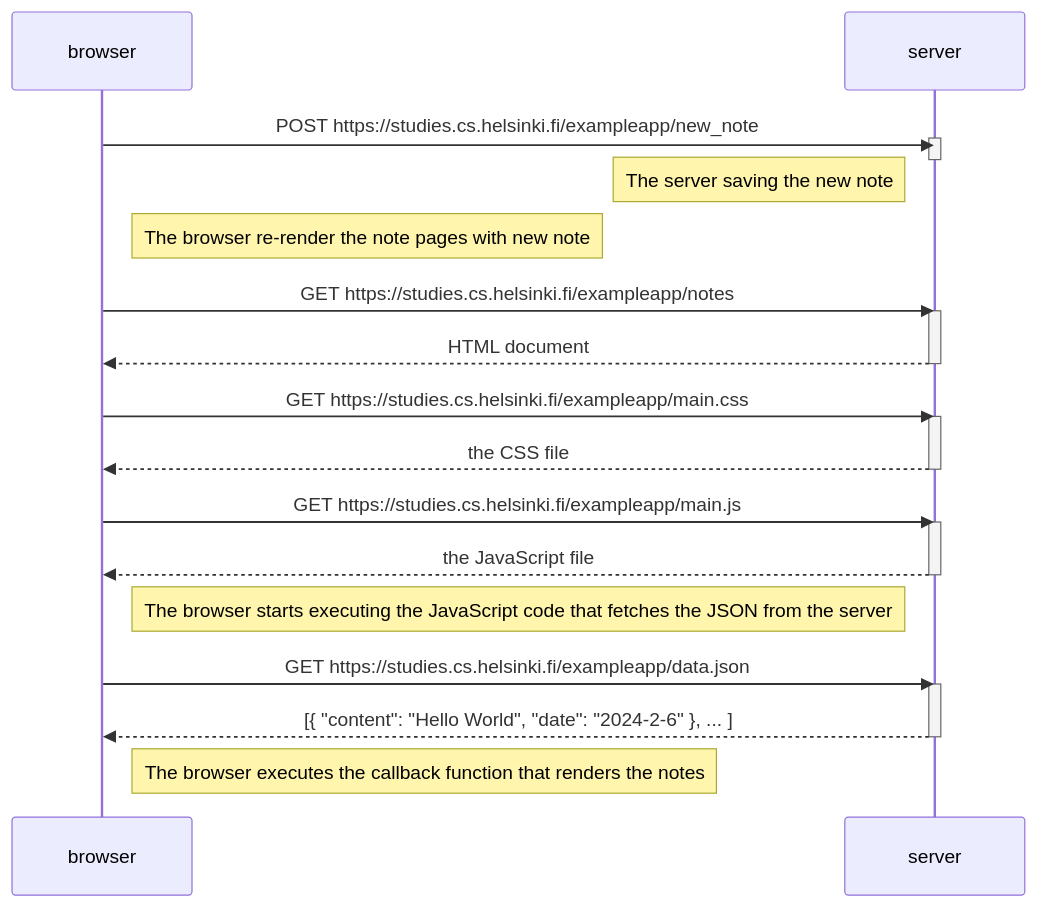
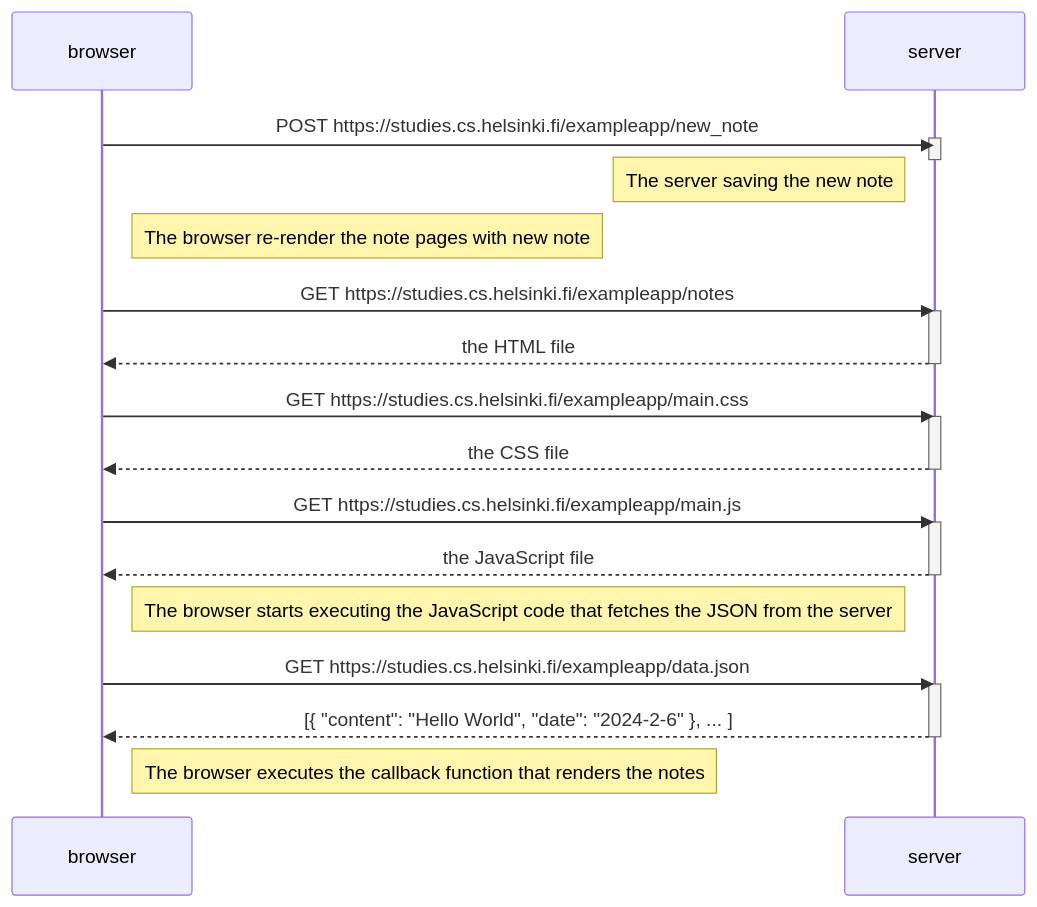
Before and after one commit to achmad-syidiq/fullstackopen2024: the diagram in part0/0.4.md, drawn with Mermaid.

Commit message:
revisi 0.4.md ke -1

````diff
--- a/part0/0.4.md
+++ b/part0/0.4.md
@@ -3,39 +3,39 @@
 ```mermaid
     sequenceDiagram
 
             participant browser
             participant server
 
             browser->>server : POST https://studies.cs.helsinki.fi/exampleapp/new_note
             activate server
             deactivate server
             
             Note left of server: The server saving the new note
 
             Note right of browser: The browser re-render the note pages with new note
 
             
             browser->>server: GET https://studies.cs.helsinki.fi/exampleapp/notes
             activate server
-            server-->>browser: HTML document
+            server-->>browser: the HTML file 
             deactivate server
 
             browser->>server: GET https://studies.cs.helsinki.fi/exampleapp/main.css
             activate server
             server-->>browser: the CSS file
             deactivate server
 
             browser->>server: GET https://studies.cs.helsinki.fi/exampleapp/main.js
             activate server
             server-->>browser: the JavaScript file
             deactivate server
 
             Note right of browser: The browser starts executing the JavaScript code that fetches the JSON from the server
 
             browser->>server: GET https://studies.cs.helsinki.fi/exampleapp/data.json
             activate server
             server-->>browser: [{ "content": "Hello World", "date": "2024-2-6" }, ... ]
             deactivate server
 
             Note right of browser: The browser executes the callback function that renders the notes
 ```
````
